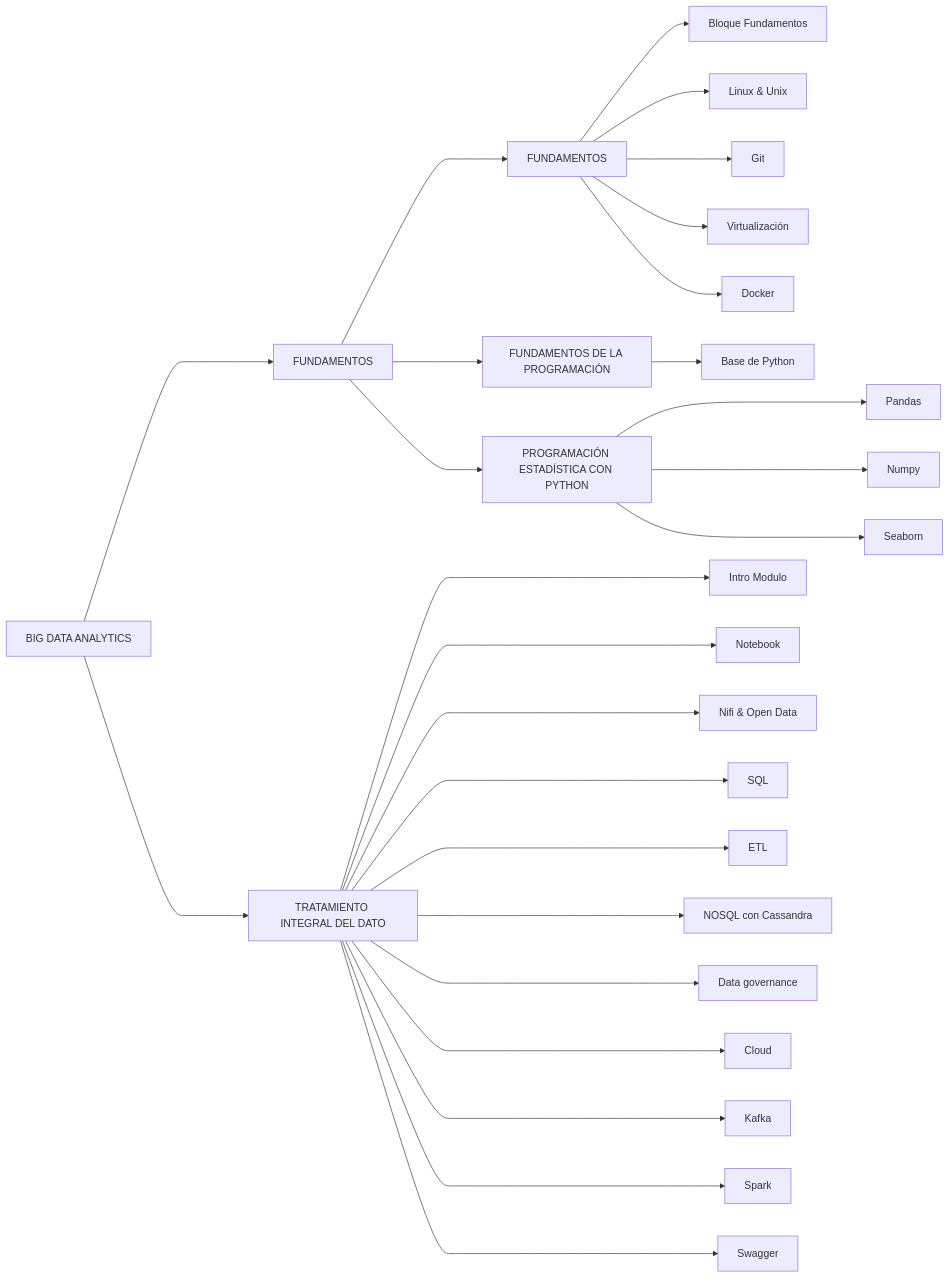
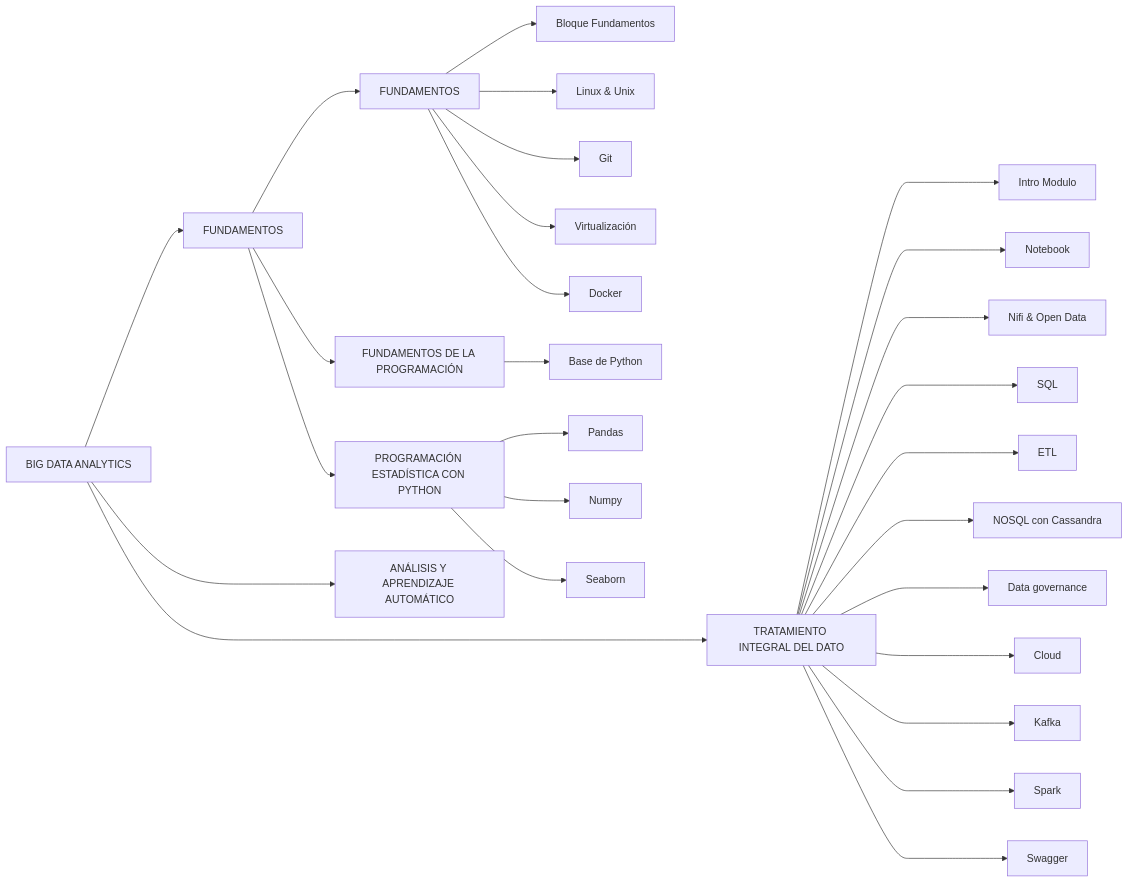
Before and after one commit to alozk/Master-Big-Data-Analytics: the diagram in README.md, drawn with Mermaid.

````diff
--- a/README.md
+++ b/README.md
@@ -1,28 +1,29 @@
 ```mermaid
 flowchart LR
-A[BIG DATA ANALYTICS] ---->B[FUNDAMENTOS];
-A[BIG DATA ANALYTICS] ---->C[TRATAMIENTO INTEGRAL DEL DATO];
-B[FUNDAMENTOS] --->D[FUNDAMENTOS];
-B[FUNDAMENTOS] --->E[FUNDAMENTOS DE LA PROGRAMACIÓN]
-B[FUNDAMENTOS] --->F[PROGRAMACIÓN ESTADÍSTICA CON PYTHON]
+A[BIG DATA ANALYTICS] -->B[FUNDAMENTOS];
+A[BIG DATA ANALYTICS] ----->C[TRATAMIENTO INTEGRAL DEL DATO];
+B[FUNDAMENTOS] -->D[FUNDAMENTOS];
+B[FUNDAMENTOS] -->E[FUNDAMENTOS DE LA PROGRAMACIÓN]
+B[FUNDAMENTOS] -->F[PROGRAMACIÓN ESTADÍSTICA CON PYTHON]
 D[FUNDAMENTOS] -->G[Bloque Fundamentos]
 D[FUNDAMENTOS] -->H[Linux & Unix]
 D[FUNDAMENTOS] -->I[Git]
 D[FUNDAMENTOS] -->J[Virtualización]
 D[FUNDAMENTOS] -->K[Docker]
 C[TRATAMIENTO INTEGRAL DEL DATO] ---->L[Intro Modulo]
 C[TRATAMIENTO INTEGRAL DEL DATO] ---->M[Notebook]
 C[TRATAMIENTO INTEGRAL DEL DATO] ---->N[Nifi & Open Data]
 C[TRATAMIENTO INTEGRAL DEL DATO] ---->O[SQL]
 C[TRATAMIENTO INTEGRAL DEL DATO] ---->P[ETL]
 C[TRATAMIENTO INTEGRAL DEL DATO] ---->Q[NOSQL con Cassandra]
 C[TRATAMIENTO INTEGRAL DEL DATO] ---->R[Data governance]
 C[TRATAMIENTO INTEGRAL DEL DATO] ---->S[Cloud]
 C[TRATAMIENTO INTEGRAL DEL DATO] ---->T[Kafka]
 C[TRATAMIENTO INTEGRAL DEL DATO] ---->U[Spark]
 C[TRATAMIENTO INTEGRAL DEL DATO] ---->V[Swagger]
 E[FUNDAMENTOS DE LA PROGRAMACIÓN] -->W[Base de Python]
-F[PROGRAMACIÓN ESTADÍSTICA CON PYTHON] --->X[Pandas]
-F[PROGRAMACIÓN ESTADÍSTICA CON PYTHON] --->Y[Numpy]
-F[PROGRAMACIÓN ESTADÍSTICA CON PYTHON] --->Z[Seaborn]
+F[PROGRAMACIÓN ESTADÍSTICA CON PYTHON] -->X[Pandas]
+F[PROGRAMACIÓN ESTADÍSTICA CON PYTHON] -->Y[Numpy]
+F[PROGRAMACIÓN ESTADÍSTICA CON PYTHON] -->Z[Seaborn]
+A[BIG DATA ANALYTICS] --->ZA[ANÁLISIS Y APRENDIZAJE AUTOMÁTICO];
 ```
````
